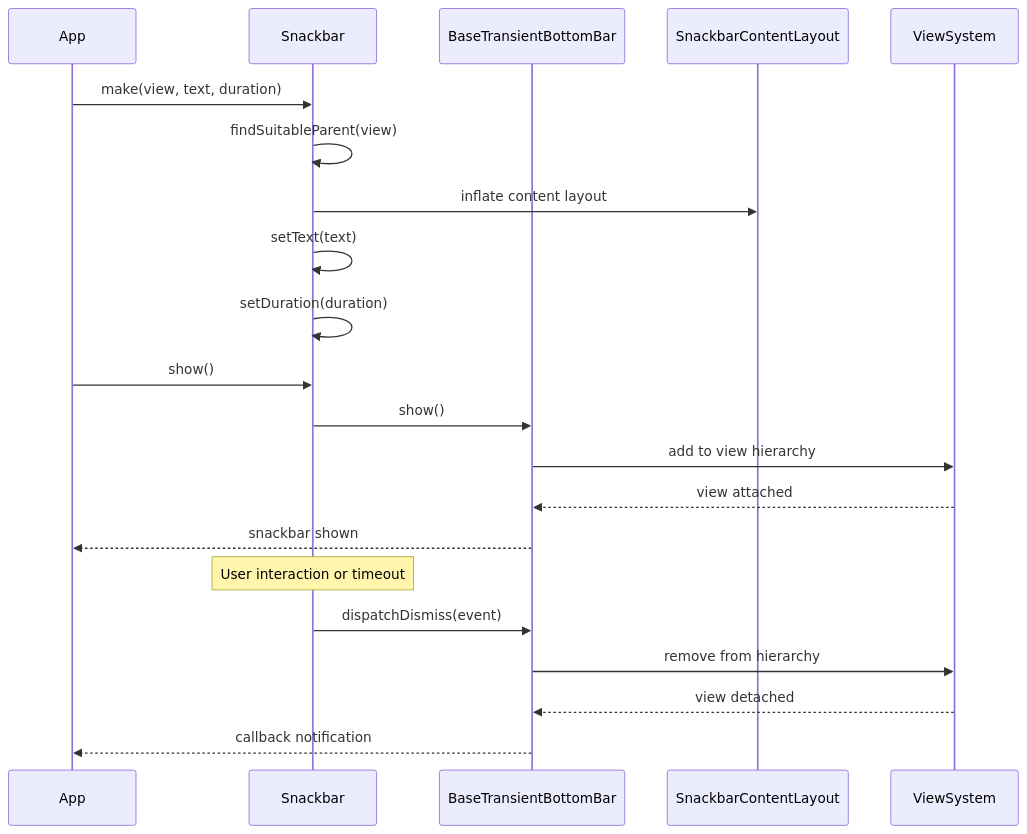
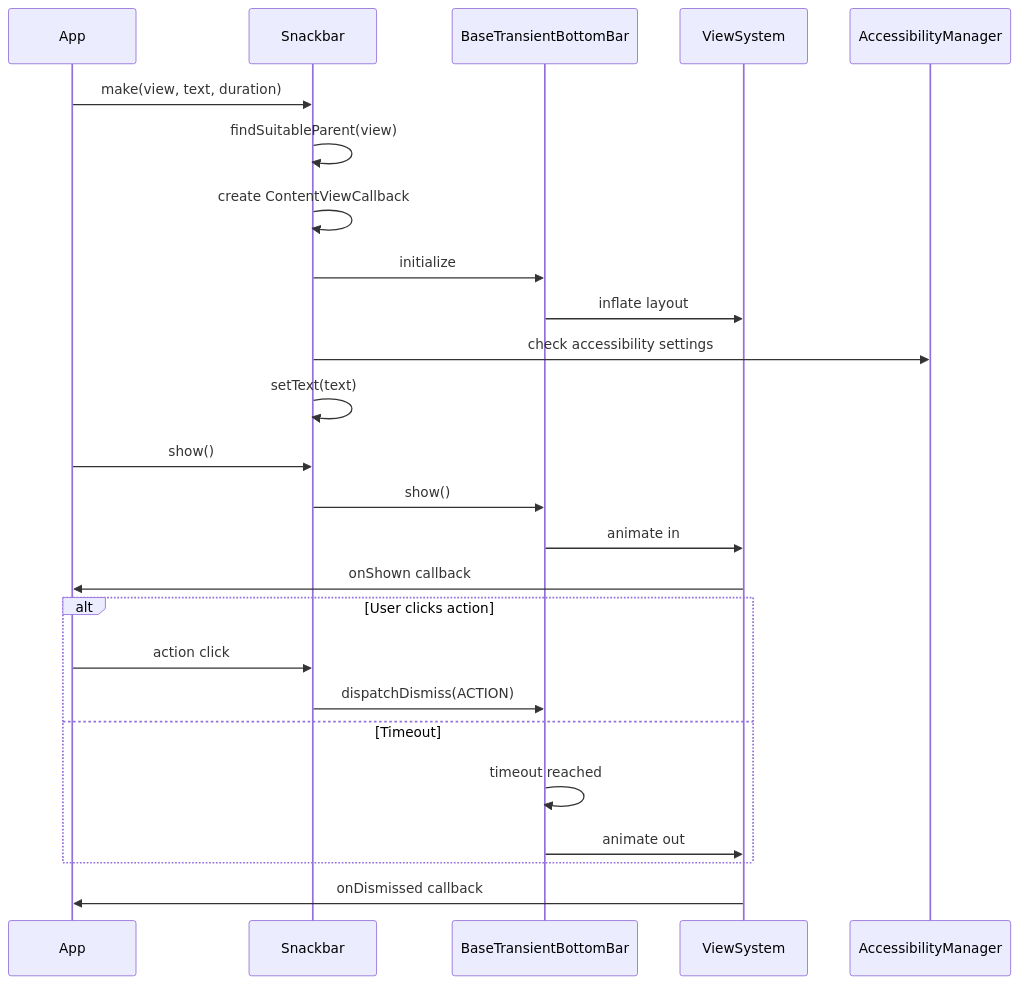
Before and after one commit to FSoft-AI4Code/codewiki-demo: the third of 4 diagrams in docs/material-components--material-components-android-docs/snackbar-implementation.md, drawn with Mermaid. The commit also changed other lines of this file and 1103 other files, not shown here.

````diff
--- a/docs/material-components--material-components-android-docs/snackbar-implementation.md
+++ b/docs/material-components--material-components-android-docs/snackbar-implementation.md
@@ -60,25 +116,30 @@
 ```mermaid
 sequenceDiagram
     participant App
     participant Snackbar
     participant BaseTransientBottomBar
-    participant SnackbarContentLayout
     participant ViewSystem
+    participant AccessibilityManager
     
     App->>Snackbar: make(view, text, duration)
     Snackbar->>Snackbar: findSuitableParent(view)
-    Snackbar->>SnackbarContentLayout: inflate content layout
+    Snackbar->>Snackbar: create ContentViewCallback
+    Snackbar->>BaseTransientBottomBar: initialize
+    BaseTransientBottomBar->>ViewSystem: inflate layout
+    Snackbar->>AccessibilityManager: check accessibility settings
     Snackbar->>Snackbar: setText(text)
-    Snackbar->>Snackbar: setDuration(duration)
     App->>Snackbar: show()
     Snackbar->>BaseTransientBottomBar: show()
-    BaseTransientBottomBar->>ViewSystem: add to view hierarchy
-    ViewSystem-->>BaseTransientBottomBar: view attached
-    BaseTransientBottomBar-->>App: snackbar shown
+    BaseTransientBottomBar->>ViewSystem: animate in
+    ViewSystem->>App: onShown callback
     
-    Note over Snackbar: User interaction or timeout
-    Snackbar->>BaseTransientBottomBar: dispatchDismiss(event)
-    BaseTransientBottomBar->>ViewSystem: remove from hierarchy
-    ViewSystem-->>BaseTransientBottomBar: view detached
-    BaseTransientBottomBar-->>App: callback notification
+    alt User clicks action
+        App->>Snackbar: action click
+        Snackbar->>BaseTransientBottomBar: dispatchDismiss(ACTION)
+    else Timeout
+        BaseTransientBottomBar->>BaseTransientBottomBar: timeout reached
+        BaseTransientBottomBar->>ViewSystem: animate out
+    end
+    
+    ViewSystem->>App: onDismissed callback
 ```
````
